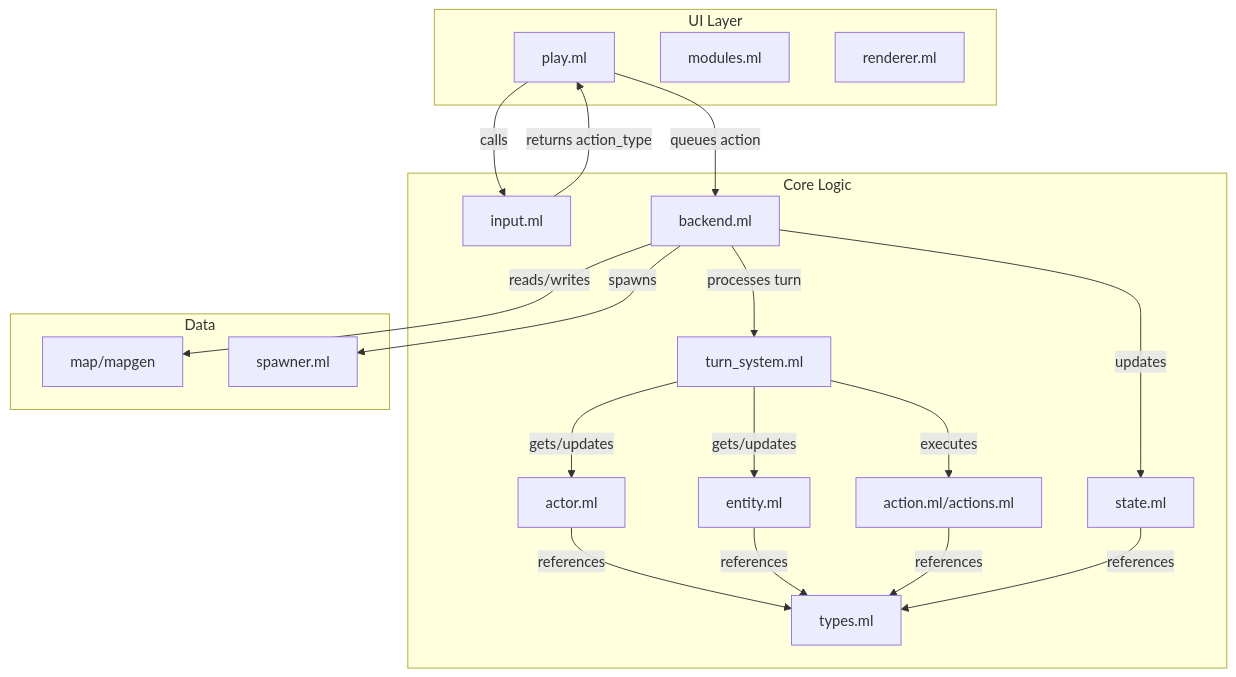
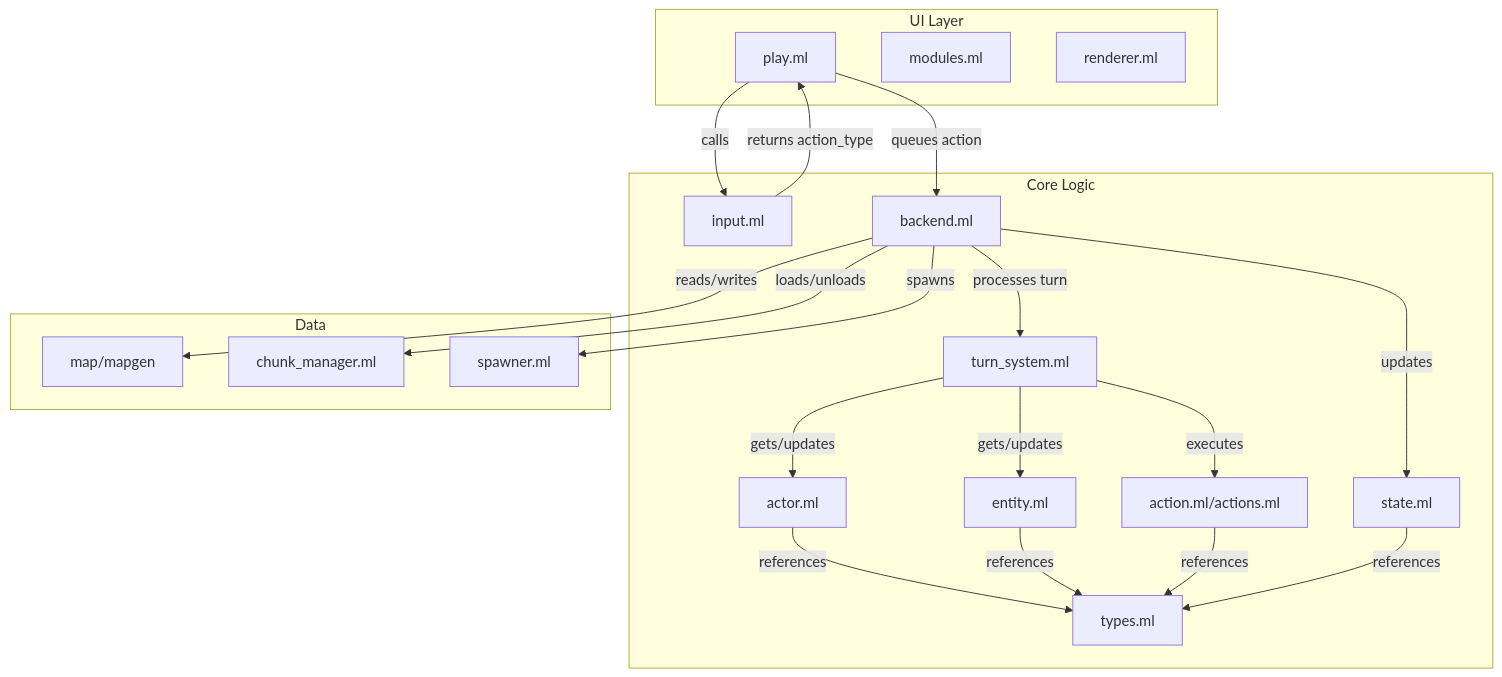
The second of 3 diagrams in docs/project_structure.md (HexSleeves/EchosInTheDark), drawn with Mermaid before and after one commit. The commit also changed other lines of this file and 3 other files, not shown here.

````diff
--- a/docs/project_structure.md
+++ b/docs/project_structure.md
@@ -76,39 +85,41 @@
 ```mermaid
 flowchart TD
     subgraph UI Layer
         UIPlay[play.ml]
         UIModules[modules.ml]
         UIRenderer[renderer.ml]
     end
 
     subgraph Core Logic
         Input[input.ml]
         Backend[backend.ml]
         TurnSystem[turn_system.ml]
         Actor[actor.ml]
         Entity[entity.ml]
         Actions[action.ml/actions.ml]
         State[state.ml]
         Types[types.ml]
     end
 
     subgraph Data
         Map[map/mapgen]
+        ChunkManager[chunk_manager.ml]
         Spawner[spawner.ml]
     end
 
     UIPlay -- "calls" --> Input
     Input -- "returns action_type" --> UIPlay
     UIPlay -- "queues action" --> Backend
     Backend -- "processes turn" --> TurnSystem
     TurnSystem -- "gets/updates" --> Actor
     TurnSystem -- "gets/updates" --> Entity
     TurnSystem -- "executes" --> Actions
     Backend -- "updates" --> State
     Backend -- "reads/writes" --> Map
     Backend -- "spawns" --> Spawner
+    Backend -- "loads/unloads" --> ChunkManager
     Actor -- "references" --> Types
     Entity -- "references" --> Types
     Actions -- "references" --> Types
     State -- "references" --> Types
 ```
````
